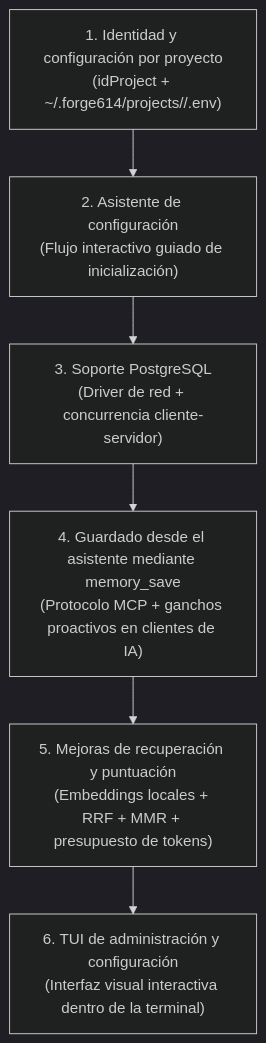
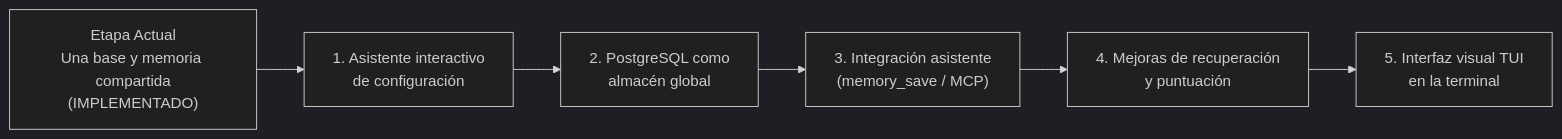
The diagram in docs/es/08-limites-y-roadmap.md (jotredev/forge614-engram), drawn with Mermaid (dark theme) before and after one commit. The commit also changed other lines of this file and 43 other files, not shown here.

First line of the commit message:
Add project identity, shared memory, and single-workspace storage model

````diff
--- a/docs/es/08-limites-y-roadmap.md
+++ b/docs/es/08-limites-y-roadmap.md
@@ -146,8 +102,8 @@
 ```mermaid
-flowchart TD
-    F1["1. Identidad y configuración por proyecto<br>(idProject + ~/.forge614/projects/<idProject>/.env)"] --> F2["2. Asistente de configuración<br>(Flujo interactivo guiado de inicialización)"]
-    F2 --> F3["3. Soporte PostgreSQL<br>(Driver de red + concurrencia cliente-servidor)"]
-    F3 --> F4["4. Guardado desde el asistente mediante memory_save<br>(Protocolo MCP + ganchos proactivos en clientes de IA)"]
-    F4 --> F5["5. Mejoras de recuperación y puntuación<br>(Embeddings locales + RRF + MMR + presupuesto de tokens)"]
-    F5 --> F6["6. TUI de administración y configuración<br>(Interfaz visual interactiva dentro de la terminal)"]
+flowchart LR
+    E1["Etapa Actual<br>Una base y memoria compartida<br>(IMPLEMENTADO)"] --> P1["1. Asistente interactivo<br>de configuración"]
+    P1 --> P2["2. PostgreSQL como<br>almacén global"]
+    P2 --> P3["3. Integración asistente<br>(memory_save / MCP)"]
+    P3 --> P4["4. Mejoras de recuperación<br>y puntuación"]
+    P4 --> P5["5. Interfaz visual TUI<br>en la terminal"]
 ```
````
